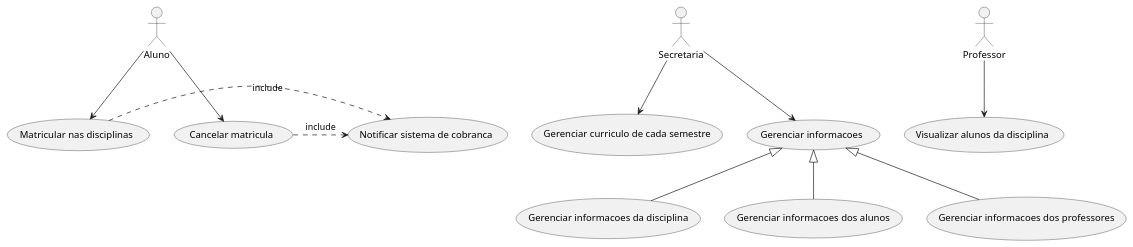
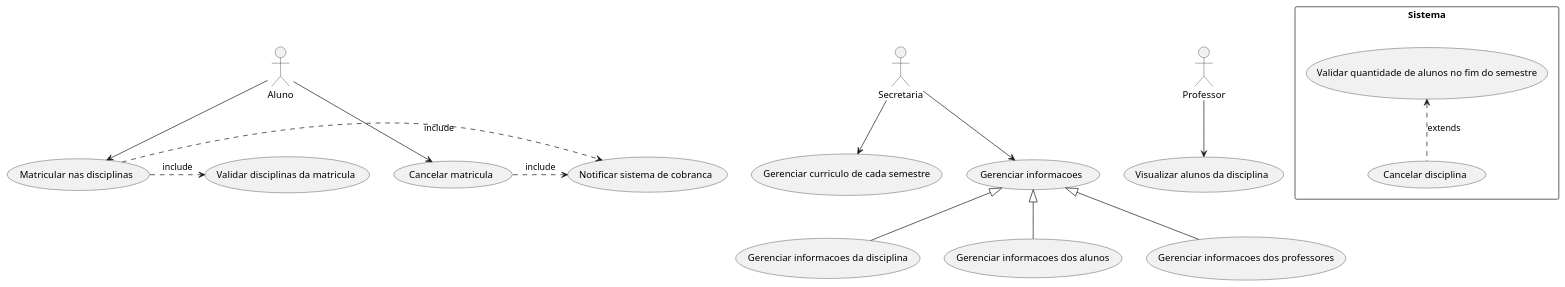
One commit to AugustoNoronha/labDevSoftware changed the diagram in projeto/casoDeUso/casoDeUso.puml. Above: the diagram before and after it, drawn with PlantUML. The commit also changed 1 other file, not shown here.

Commit message:
Diagrama de caso de uso atualizado

```diff
--- a/projeto/casoDeUso/casoDeUso.puml
+++ b/projeto/casoDeUso/casoDeUso.puml
@@ -1,30 +1,38 @@
 @startuml
 "Secretaria" as secetaria
 "Aluno" as aluno
 "Professor" as professor
 
 secetaria --> (Gerenciar curriculo)
 secetaria --> (Gerenciar informacoes)
 
 (Gerenciar informacoes) <|-- (Gerenciar informacoes da disciplina)
 (Gerenciar informacoes) <|-- (Gerenciar informacoes dos alunos)
 (Gerenciar informacoes) <|-- (Gerenciar informacoes dos professores)
 
 "Gerenciar curriculo de cada semestre" as (Gerenciar curriculo)
 "Gerenciar informacoes" as (Gerenciar informacoes)
 "Gerenciar informacoes da disciplina" as (Gerenciar informacoes da disciplina)
 "Gerenciar informacoes dos professores" as (Gerenciar informacoes dos professores)
 "Gerenciar informacoes dos alunos" as (Gerenciar informacoes dos alunos)
 
 aluno --> (Matricular)
 aluno --> (Cancelar matricula)
 (Matricular) .> (Notificar cobranca) : include
+(Matricular) .> (Validar disciplinas da matricula) : include
 (Cancelar matricula) .> (Notificar cobranca) : include
 "Matricular nas disciplinas" as (Matricular)
 "Cancelar matricula" as (Cancelar matricula)
 "Notificar sistema de cobranca" as (Notificar cobranca)
+"Validar disciplinas da matricula" as (Validar disciplinas da matricula)
 
 professor --> (Visualizar alunos da disciplina)
 "Visualizar alunos da disciplina" as (Visualizar alunos da disciplina)
 
+
+rectangle "Sistema" {
+  "Validar quantidade de alunos no fim do semestre" as (Validar quantidade de alunos)
+  "Cancelar disciplina" as (Cancelar disciplina)
+   (Validar quantidade de alunos) <.. (Cancelar disciplina) : extends
+}
 @enduml
```
